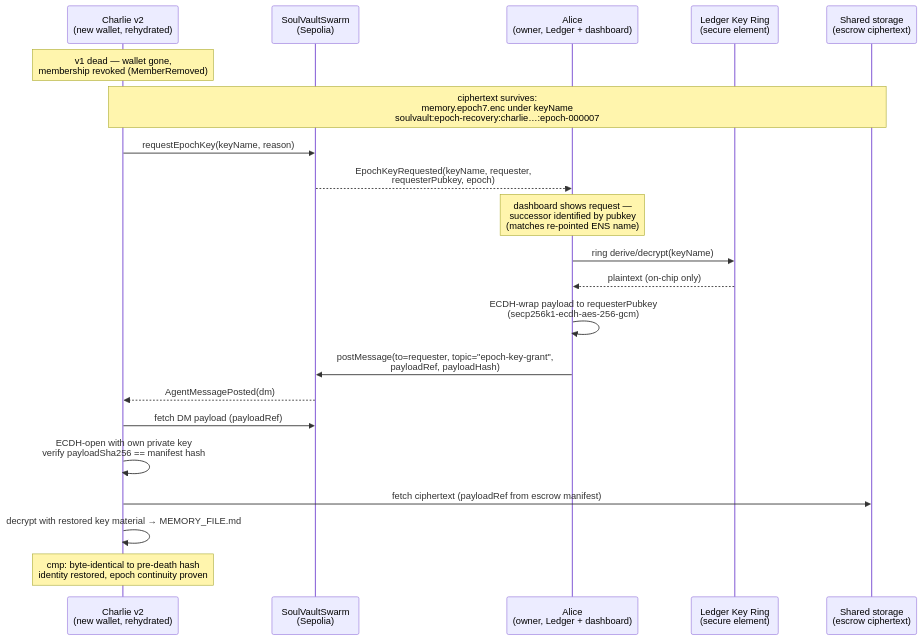
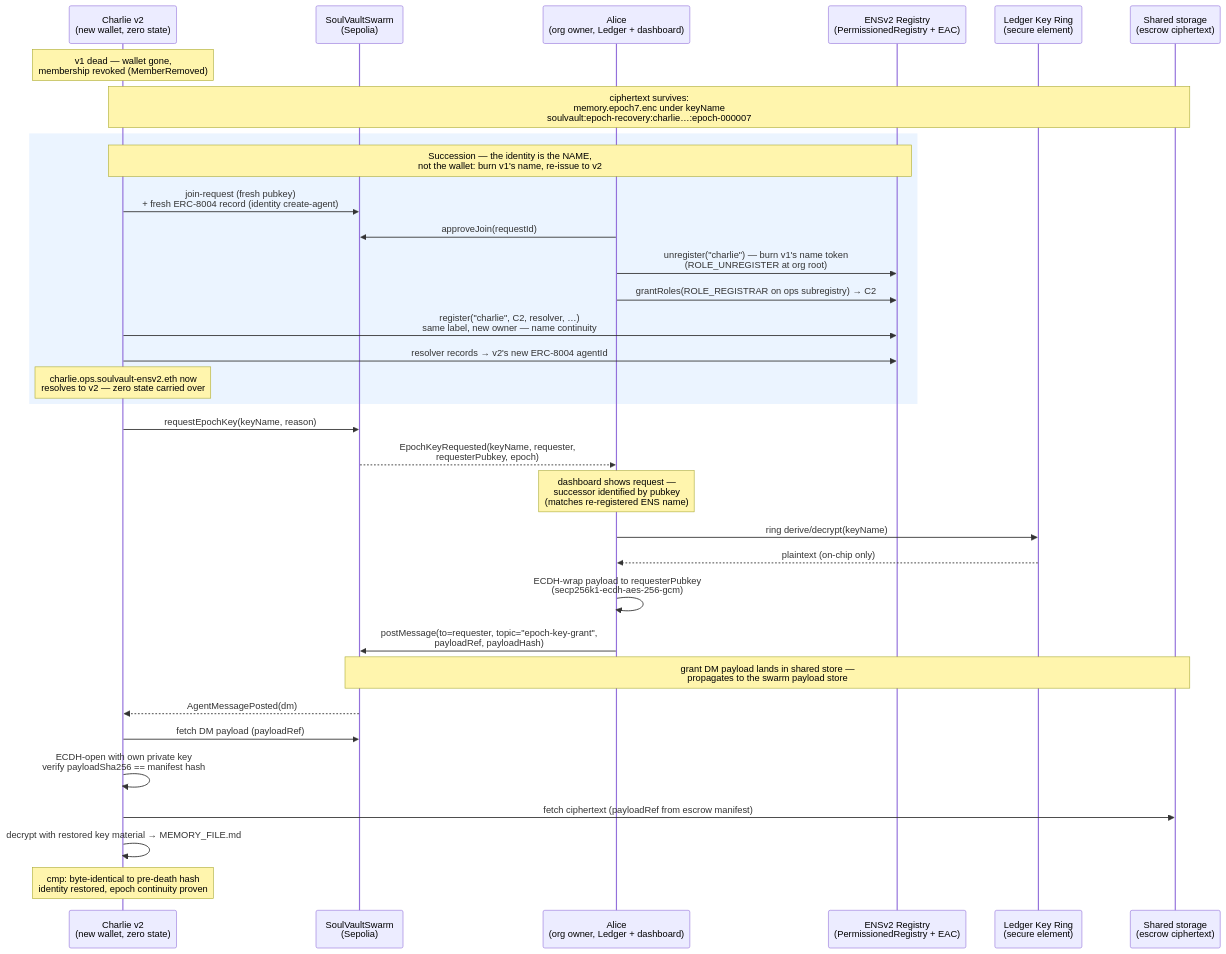
Before and after one commit to nacmonad/soulvault: the diagram in docs/epoch-key-grant-protocol.md, drawn with Mermaid.

Commit message:
docs: succession flow in grant protocol — burn-and-regrant ENS name, v2 re-register

````diff
--- a/docs/epoch-key-grant-protocol.md
+++ b/docs/epoch-key-grant-protocol.md
@@ -69,27 +69,40 @@
 ```mermaid
 sequenceDiagram
-    participant C2 as Charlie v2<br/>(new wallet, rehydrated)
+    participant C2 as Charlie v2<br/>(new wallet, zero state)
     participant S as SoulVaultSwarm<br/>(Sepolia)
-    participant A as Alice<br/>(owner, Ledger + dashboard)
+    participant A as Alice<br/>(org owner, Ledger + dashboard)
+    participant R as ENSv2 Registry<br/>(PermissionedRegistry + EAC)
     participant L as Ledger Key Ring<br/>(secure element)
     participant E as Shared storage<br/>(escrow ciphertext)
 
     Note over C2: v1 dead — wallet gone,<br/>membership revoked (MemberRemoved)
     Note over C2,E: ciphertext survives:<br/>memory.epoch7.enc under keyName<br/>soulvault:epoch-recovery:charlie…:epoch-000007
 
+    rect rgb(235, 244, 255)
+    Note over C2,R: Succession — the identity is the NAME,<br/>not the wallet: burn v1's name, re-issue to v2
+    C2->>S: join-request (fresh pubkey)<br/>+ fresh ERC-8004 record (identity create-agent)
+    A->>S: approveJoin(requestId)
+    A->>R: unregister("charlie") — burn v1's name token<br/>(ROLE_UNREGISTER at org root)
+    A->>R: grantRoles(ROLE_REGISTRAR on ops subregistry) → C2
+    C2->>R: register("charlie", C2, resolver, …)<br/>same label, new owner — name continuity
+    C2->>R: resolver records → v2's new ERC-8004 agentId
+    Note over C2: charlie.ops.soulvault-ensv2.eth now<br/>resolves to v2 — zero state carried over
+    end
+
     C2->>S: requestEpochKey(keyName, reason)
     S-->>A: EpochKeyRequested(keyName, requester,<br/>requesterPubkey, epoch)
-    Note over A: dashboard shows request —<br/>successor identified by pubkey<br/>(matches re-pointed ENS name)
+    Note over A: dashboard shows request —<br/>successor identified by pubkey<br/>(matches re-registered ENS name)
 
     A->>L: ring derive/decrypt(keyName)
     L-->>A: plaintext (on-chip only)
     A->>A: ECDH-wrap payload to requesterPubkey<br/>(secp256k1-ecdh-aes-256-gcm)
     A->>S: postMessage(to=requester, topic="epoch-key-grant",<br/>payloadRef, payloadHash)
+    Note over S,E: grant DM payload lands in shared store —<br/>propagates to the swarm payload store
     S-->>C2: AgentMessagePosted(dm)
 
     C2->>S: fetch DM payload (payloadRef)
     C2->>C2: ECDH-open with own private key<br/>verify payloadSha256 == manifest hash
     C2->>E: fetch ciphertext (payloadRef from escrow manifest)
     C2->>C2: decrypt with restored key material → MEMORY_FILE.md
     Note over C2: cmp: byte-identical to pre-death hash<br/>identity restored, epoch continuity proven
 ```
````
